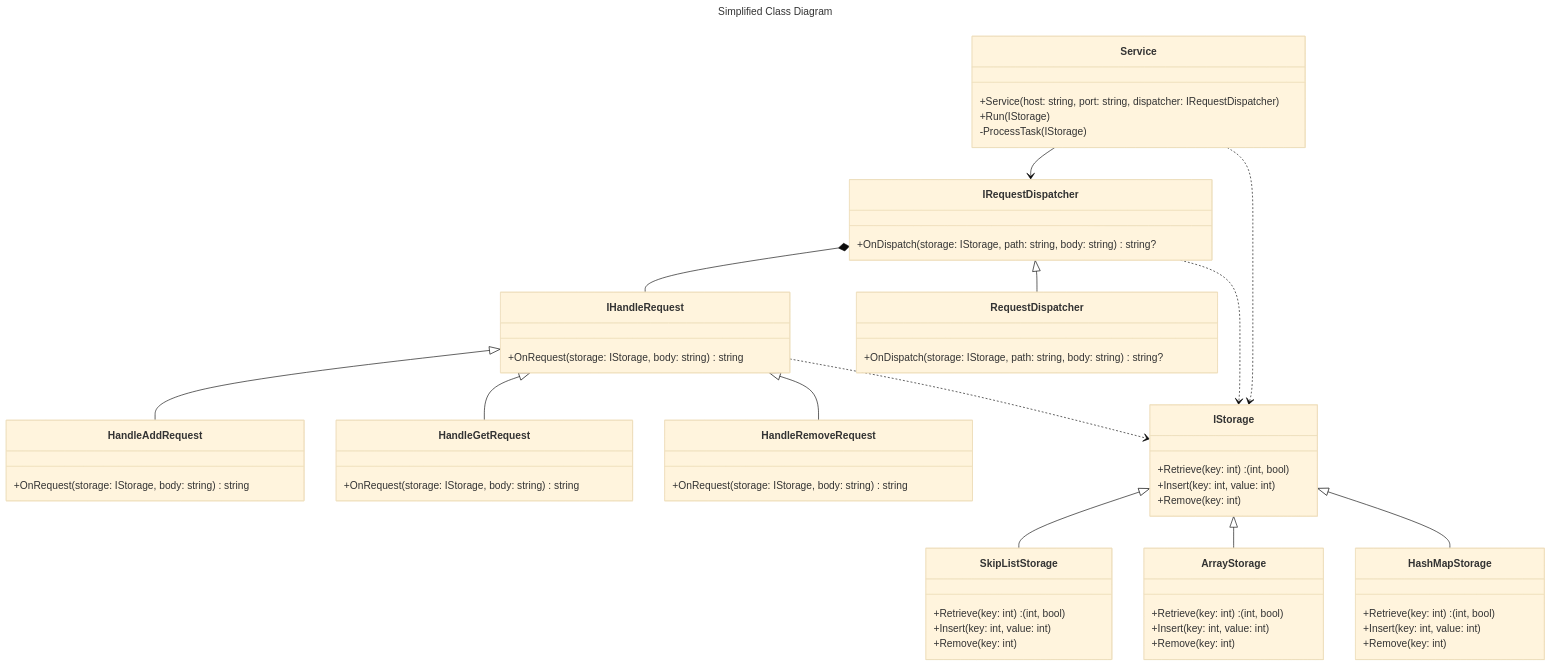
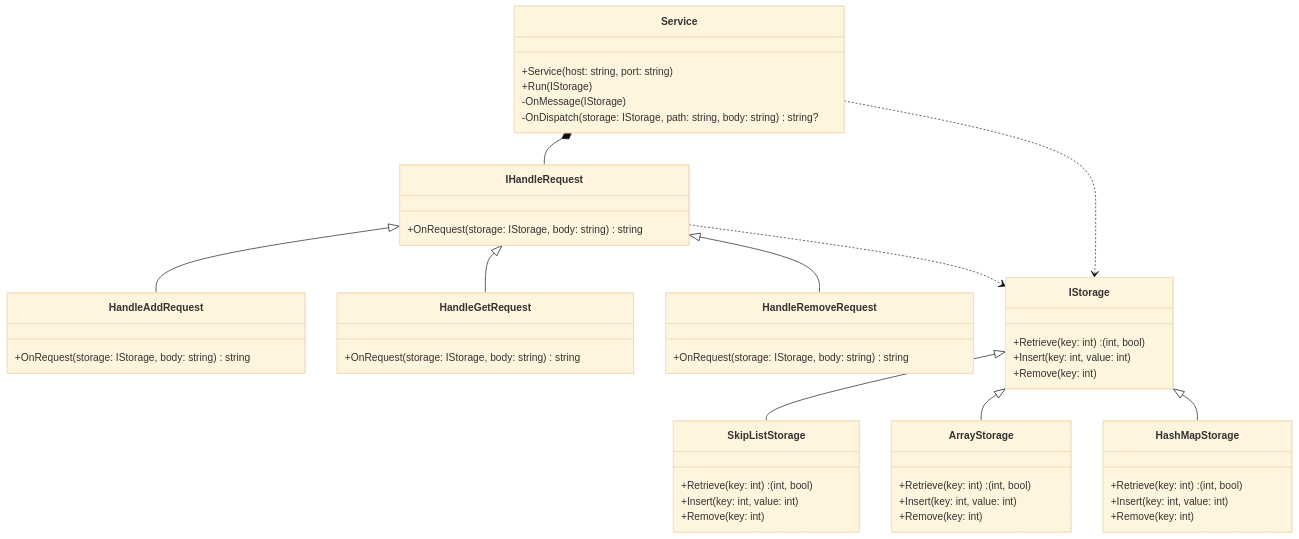
One commit to Eli-88/KVDbDemo changed the diagram in README.md. Above: the diagram before and after it, drawn with Mermaid (base theme). The commit also changed 4 other files, not shown here.

Commit message:
refactor the RequestDispatcher into Service

````diff
--- a/README.md
+++ b/README.md
@@ -13,73 +13,61 @@
 ```mermaid
----
-title: Simplified Class Diagram
----
+
 classDiagram
     IHandleRequest <|-- HandleAddRequest
     IHandleRequest <|-- HandleGetRequest
     IHandleRequest <|-- HandleRemoveRequest
-    IRequestDispatcher <|-- RequestDispatcher
     IStorage <|-- SkipListStorage
     IStorage <|-- ArrayStorage
     IStorage <|-- HashMapStorage
-    Service --> IRequestDispatcher 
+    Service *-- IHandleRequest 
     Service ..> IStorage
-    IRequestDispatcher ..> IStorage
     IHandleRequest ..> IStorage
-    IRequestDispatcher *-- IHandleRequest
 
     class Service {
-        +Service(host: string, port: string, dispatcher: IRequestDispatcher)
+        +Service(host: string, port: string)
         +Run(IStorage)
-        -ProcessTask(IStorage)
-    }
-
-    class IRequestDispatcher {
-        +OnDispatch(storage: IStorage, path: string, body: string) string?
-    }
-
-    class RequestDispatcher {
-        +OnDispatch(storage: IStorage, path: string, body: string) string?
+        -OnMessage(IStorage)
+        -OnDispatch(storage: IStorage, path: string, body: string) string?
     }
 
     class IHandleRequest {
         +OnRequest(storage: IStorage, body: string) string
     }
 
     class HandleAddRequest {
         +OnRequest(storage: IStorage, body: string) string
     }
 
     class HandleGetRequest {
         +OnRequest(storage: IStorage, body: string) string
     }
 
     class HandleRemoveRequest {
         +OnRequest(storage: IStorage, body: string) string
     }
 
     class IStorage {
         +Retrieve(key: int) : (int, bool)
         +Insert(key: int, value: int)
         +Remove(key: int)
     }
 
     class SkipListStorage {
         +Retrieve(key: int) : (int, bool)
         +Insert(key: int, value: int)
         +Remove(key: int)
     }
 
     class ArrayStorage {
         +Retrieve(key: int) : (int, bool)
         +Insert(key: int, value: int)
         +Remove(key: int)
     }
 
     class HashMapStorage {
         +Retrieve(key: int) : (int, bool)
         +Insert(key: int, value: int)
         +Remove(key: int)
     }
 
 ```
````
